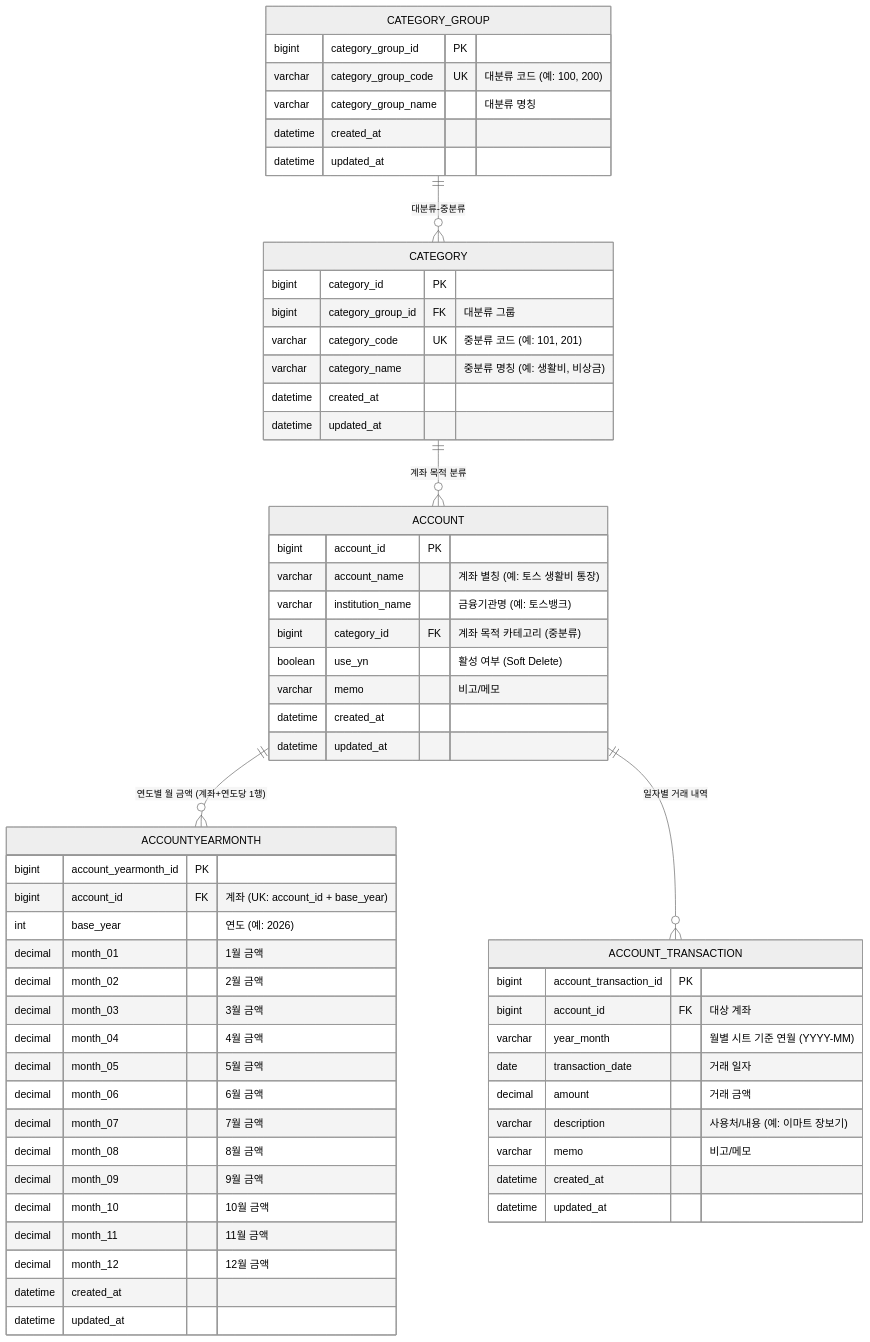
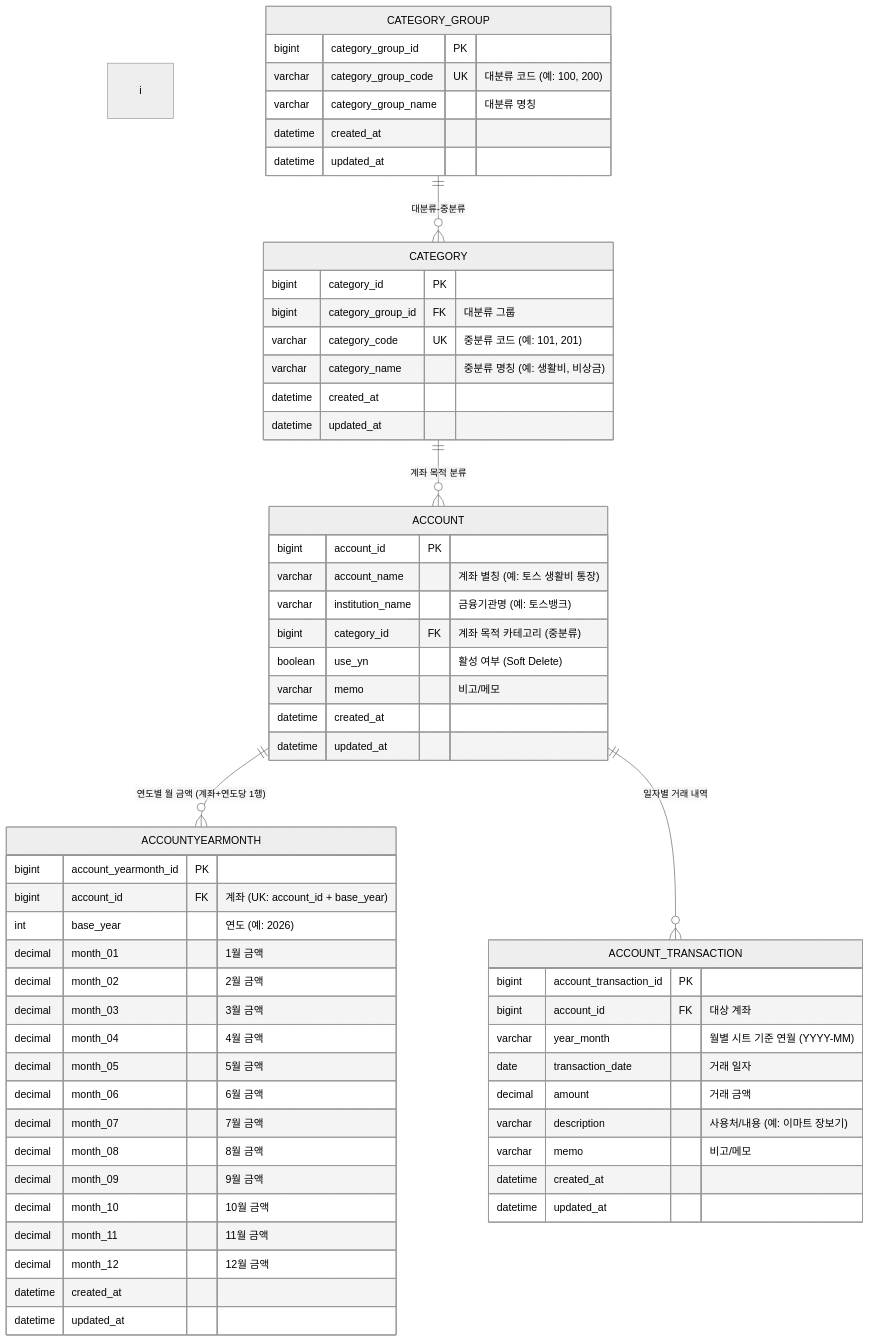
The diagram in README.md (cdcpp/honey-budget), drawn with Mermaid (neutral theme) before and after one commit. The commit also changed 59 other files, not shown here.

````diff
--- a/README.md
+++ b/README.md
@@ -18,67 +18,67 @@
 ```mermaid
-erDiagram 
+erDiagram i
     CATEGORY_GROUP ||--o{ CATEGORY : "대분류-중분류"
     CATEGORY ||--o{ ACCOUNT : "계좌 목적 분류"
     ACCOUNT ||--o{ ACCOUNTYEARMONTH : "연도별 월 금액 (계좌+연도당 1행)"
     ACCOUNT ||--o{ ACCOUNT_TRANSACTION : "일자별 거래 내역"
 
     CATEGORY_GROUP {
         bigint category_group_id PK
         varchar category_group_code UK "대분류 코드 (예: 100, 200)"
         varchar category_group_name "대분류 명칭"
         datetime created_at
         datetime updated_at
     }
 
     CATEGORY {
         bigint category_id PK
         bigint category_group_id FK "대분류 그룹"
         varchar category_code UK "중분류 코드 (예: 101, 201)"
         varchar category_name "중분류 명칭 (예: 생활비, 비상금)"
         datetime created_at
         datetime updated_at
     }
 
     ACCOUNT {
         bigint account_id PK
         varchar account_name "계좌 별칭 (예: 토스 생활비 통장)"
         varchar institution_name "금융기관명 (예: 토스뱅크)"
         bigint category_id FK "계좌 목적 카테고리 (중분류)"
         boolean use_yn "활성 여부 (Soft Delete)"
         varchar memo "비고/메모"
         datetime created_at
         datetime updated_at
     }
 
     ACCOUNTYEARMONTH {
         bigint account_yearmonth_id PK
         bigint account_id FK "계좌 (UK: account_id + base_year)"
         int base_year "연도 (예: 2026)"
         decimal month_01 "1월 금액"
         decimal month_02 "2월 금액"
         decimal month_03 "3월 금액"
         decimal month_04 "4월 금액"
         decimal month_05 "5월 금액"
         decimal month_06 "6월 금액"
         decimal month_07 "7월 금액"
         decimal month_08 "8월 금액"
         decimal month_09 "9월 금액"
         decimal month_10 "10월 금액"
         decimal month_11 "11월 금액"
         decimal month_12 "12월 금액"
         datetime created_at
         datetime updated_at
     }
 
     ACCOUNT_TRANSACTION {
         bigint account_transaction_id PK
         bigint account_id FK "대상 계좌"
         varchar year_month "월별 시트 기준 연월 (YYYY-MM)"
         date transaction_date "거래 일자"
         decimal amount "거래 금액"
         varchar description "사용처/내용 (예: 이마트 장보기)"
         varchar memo "비고/메모"
         datetime created_at
         datetime updated_at
     }
 ```
````
